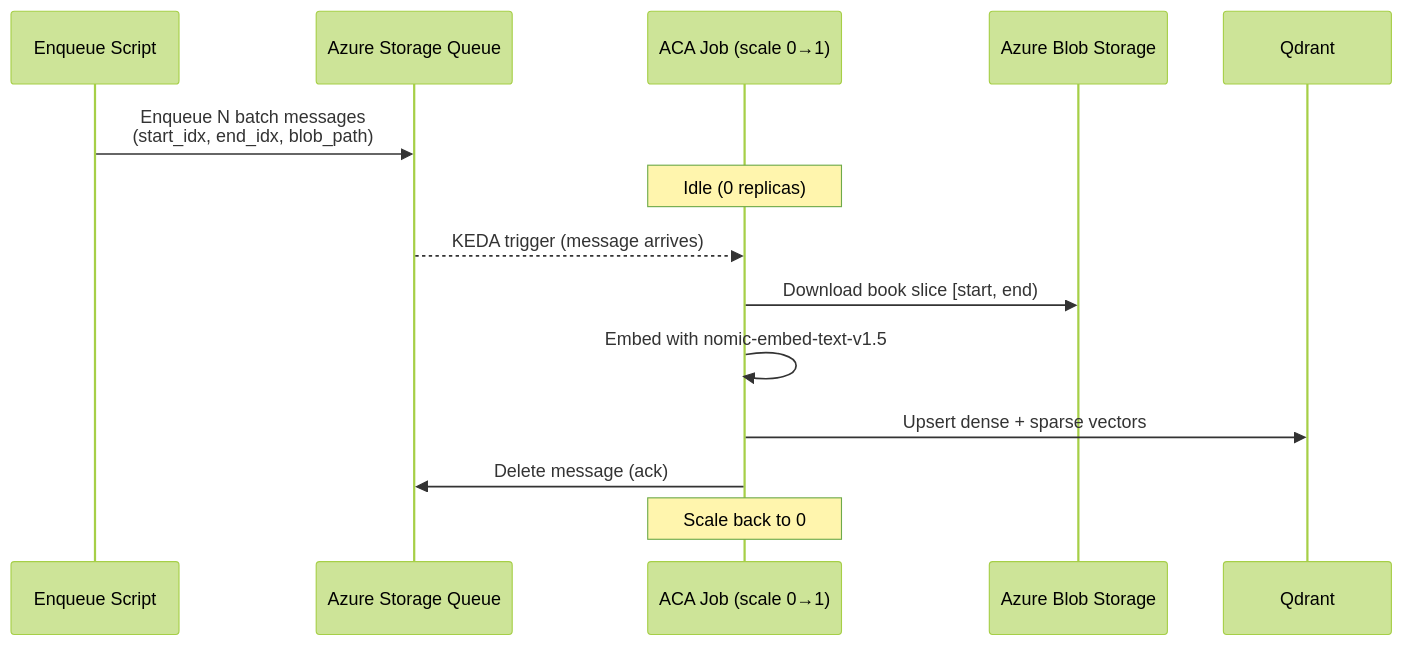
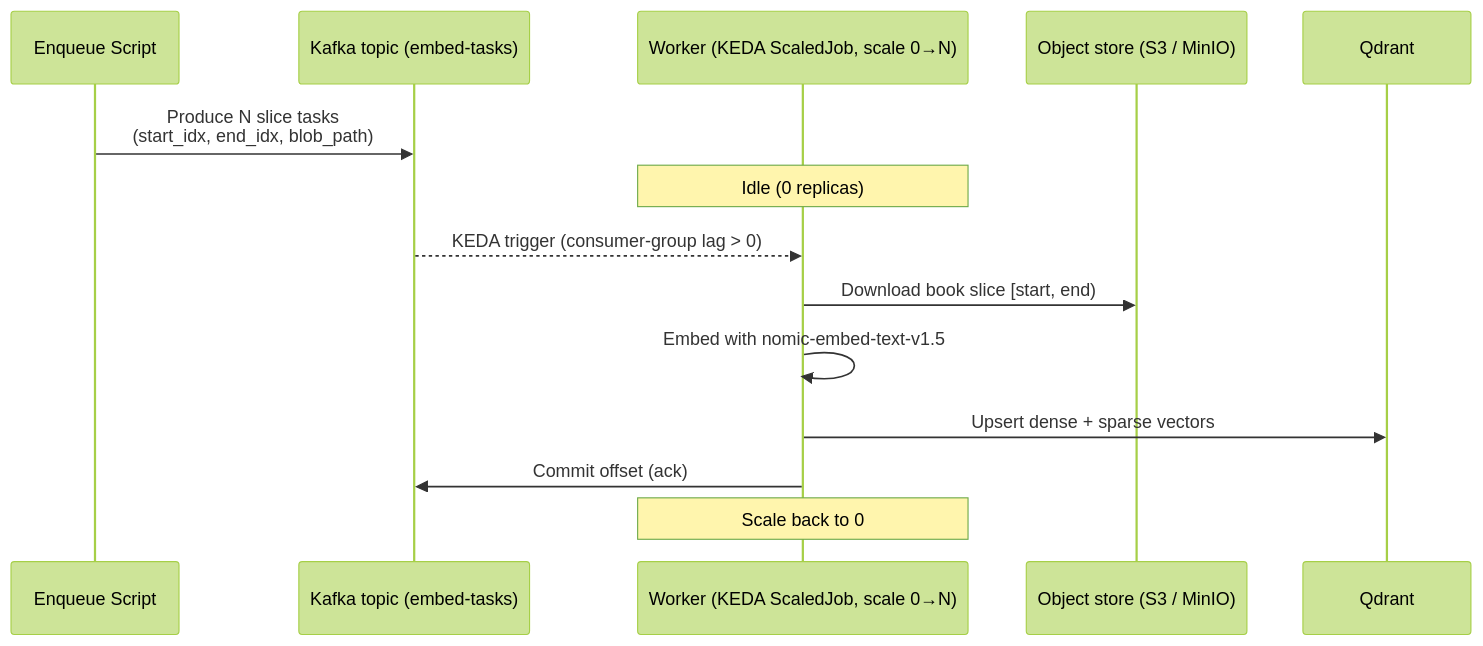
The fourth of 4 diagrams in README.md (TruaShamu/ai-search), drawn with Mermaid (forest theme) before and after one commit. The commit also changed other lines of this file and 25 other files, not shown here.

````diff
--- a/README.md
+++ b/README.md
@@ -120,17 +123,17 @@
 ```mermaid
 sequenceDiagram
     participant ETL as Enqueue Script
-    participant Q as Azure Storage Queue
-    participant W as ACA Job (scale 0→1)
-    participant Blob as Azure Blob Storage
+    participant Q as Kafka topic (embed-tasks)
+    participant W as Worker (KEDA ScaledJob, scale 0→N)
+    participant Blob as Object store (S3 / MinIO)
     participant QD as Qdrant
 
-    ETL->>Q: Enqueue N batch messages<br/>(start_idx, end_idx, blob_path)
+    ETL->>Q: Produce N slice tasks<br/>(start_idx, end_idx, blob_path)
     Note over W: Idle (0 replicas)
-    Q-->>W: KEDA trigger (message arrives)
+    Q-->>W: KEDA trigger (consumer-group lag > 0)
     W->>Blob: Download book slice [start, end)
     W->>W: Embed with nomic-embed-text-v1.5
     W->>QD: Upsert dense + sparse vectors
-    W->>Q: Delete message (ack)
+    W->>Q: Commit offset (ack)
     Note over W: Scale back to 0
 ```
````
